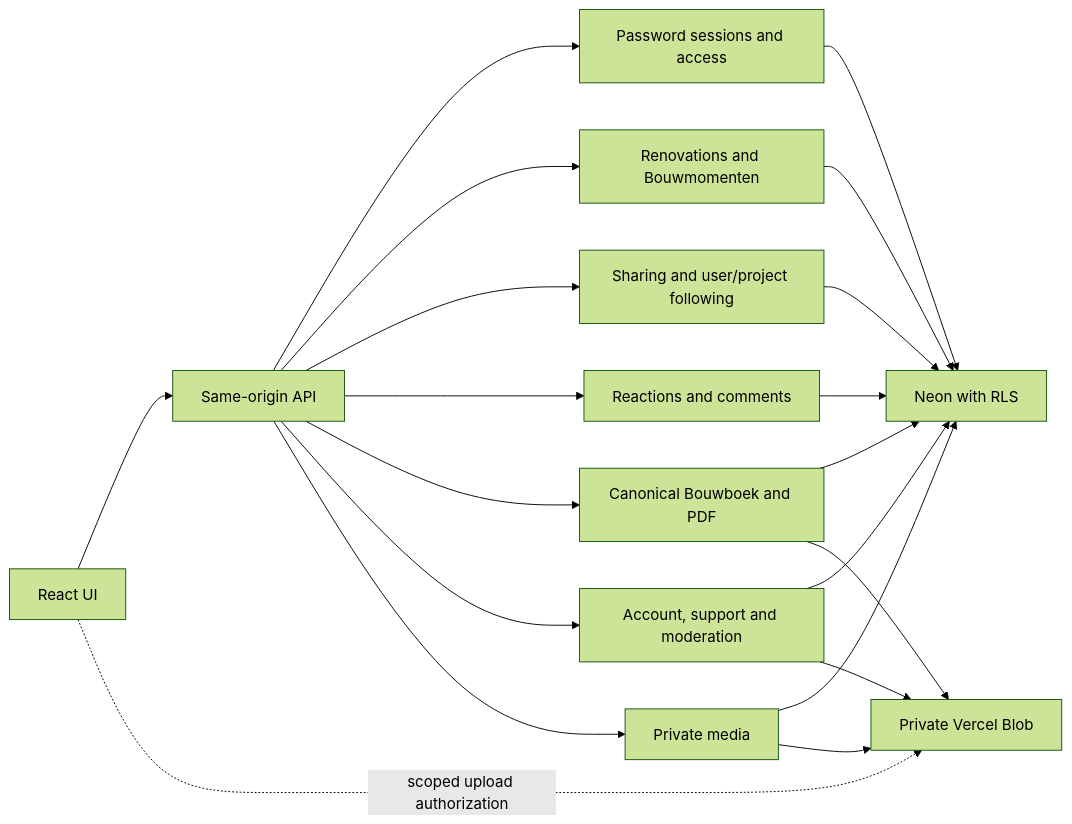
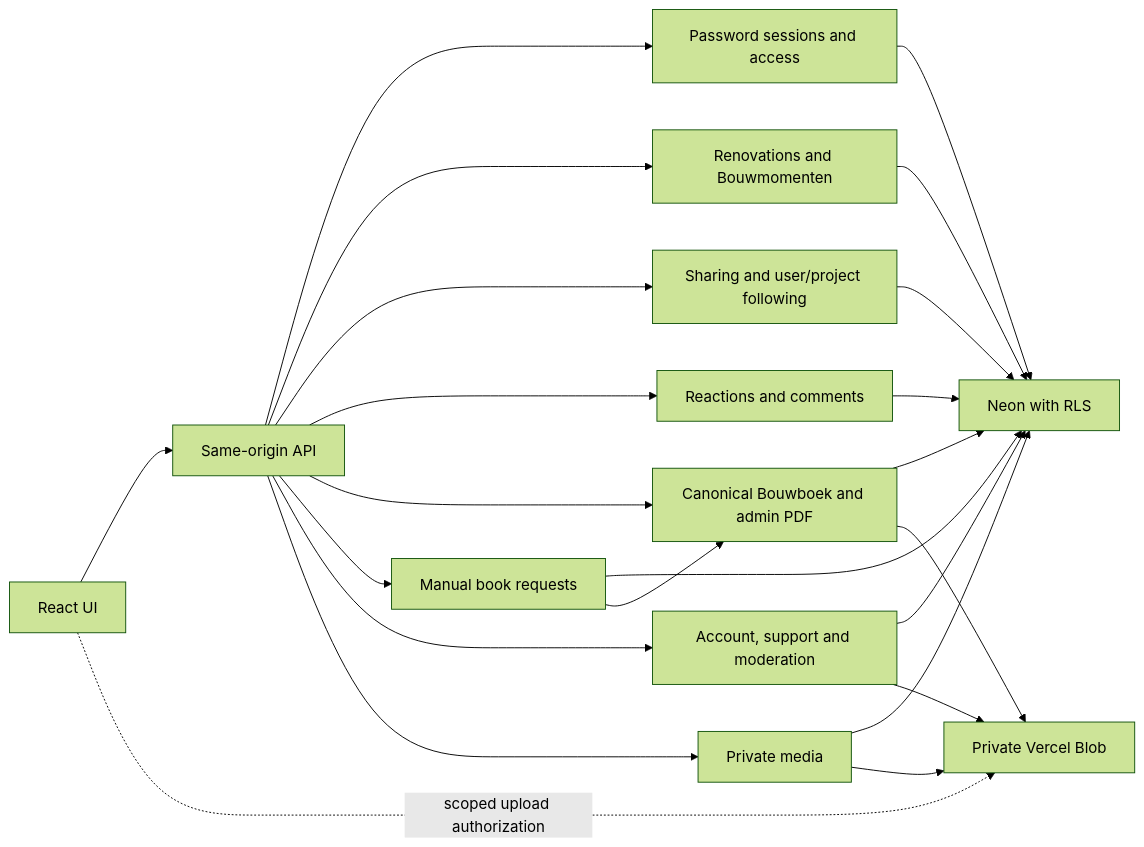
One commit to meestierolff/buildy changed the diagram in docs/architecture/GRAPH.md. Above: the diagram before and after it, drawn with Mermaid (forest theme). The commit also changed other lines of this file and 79 other files, not shown here.

Commit message:
Integrate tester feedback for profiles projects budgets and book requests

````diff
--- a/docs/architecture/GRAPH.md
+++ b/docs/architecture/GRAPH.md
@@ -13,22 +15,25 @@
 ```mermaid
 flowchart LR
   U[React UI] --> H[Same-origin API]
   H --> A[Password sessions and access]
   H --> P[Renovations and Bouwmomenten]
   H --> S[Sharing and user/project following]
   H --> E[Reactions and comments]
-  H --> B[Canonical Bouwboek and PDF]
+  H --> B[Canonical Bouwboek and admin PDF]
+  H --> O[Manual book requests]
   H --> L[Account, support and moderation]
   H --> M[Private media]
   A --> D[Neon with RLS]
   P --> D
   S --> D
   E --> D
   B --> D
+  O --> D
+  O --> B
   L --> D
   M --> D
   M --> V[Private Vercel Blob]
   B --> V
   L --> V
   U -. scoped upload authorization .-> V
 ```
````
